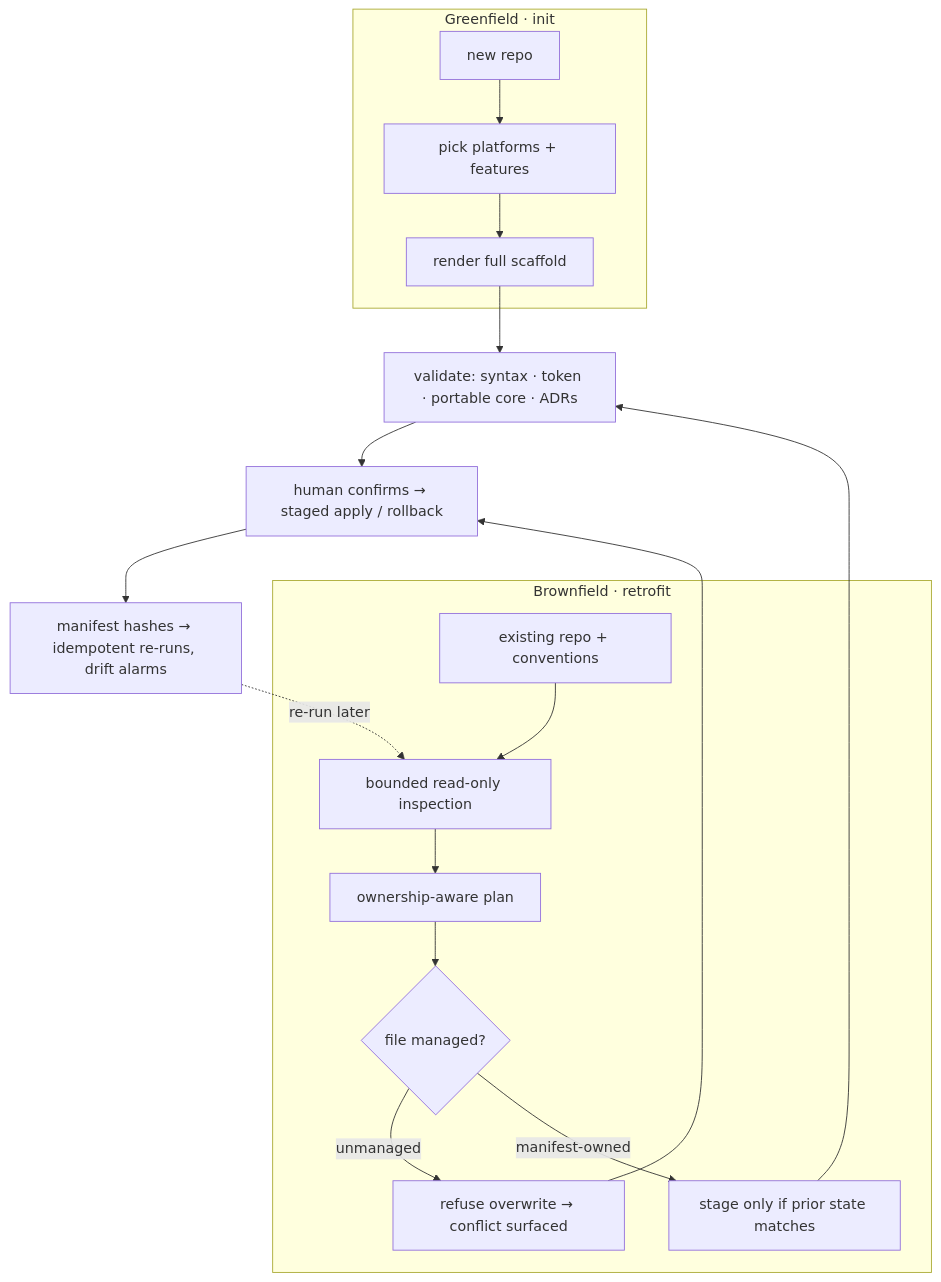
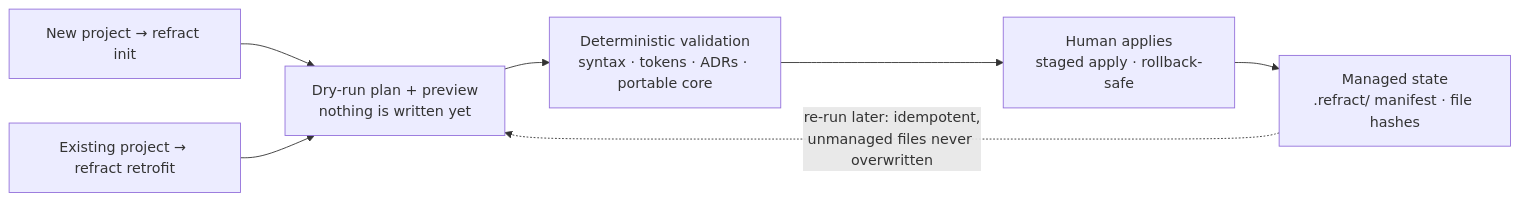
The diagram in README.md (BlasterSystems/refract), drawn with Mermaid before and after one commit. The commit also changed 1 other file, not shown here.

Commit message:
docs: simplify how-it-works chart, rename stale agentic task filename (#3)

````diff
--- a/README.md
+++ b/README.md
@@ -9,20 +9,7 @@
 ```mermaid
-flowchart TD
-  subgraph greenfield["Greenfield · init"]
-    G1["new repo"] --> G2["pick platforms + features"]
-    G2 --> G3["render full scaffold"]
-  end
-  subgraph brownfield["Brownfield · retrofit"]
-    B1["existing repo + conventions"] --> B2["bounded read-only inspection"]
-    B2 --> B3["ownership-aware plan"]
-    B3 --> B4{"file managed?"}
-    B4 -- "unmanaged" --> B5["refuse overwrite → conflict surfaced"]
-    B4 -- "manifest-owned" --> B6["stage only if prior state matches"]
-  end
-  G3 --> V["validate: syntax · token · portable core · ADRs"]
-  B6 --> V
-  V --> A["human confirms → staged apply / rollback"]
-  B5 --> A
-  A --> M["manifest hashes → idempotent re-runs, drift alarms"]
-  M -. "re-run later" .-> B2
+flowchart LR
+  N["New project → refract init"] --> P
+  E["Existing project → refract retrofit"] --> P
+  P["Dry-run plan + preview<br/>nothing is written yet"] --> V["Deterministic validation<br/>syntax · tokens · ADRs · portable core"] --> H["Human applies<br/>staged apply · rollback-safe"] --> M["Managed state<br/>.refract/ manifest · file hashes"]
+  M -. "re-run later: idempotent,<br/>unmanaged files never overwritten" .-> P
 ```
````
